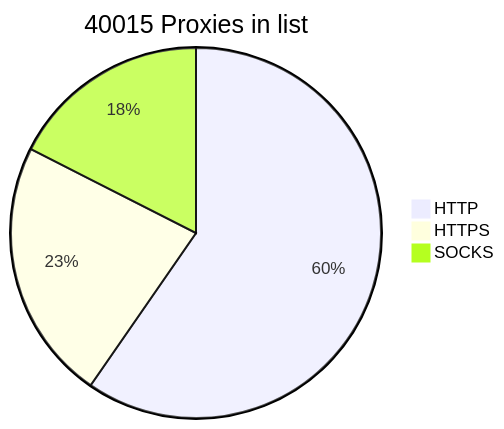
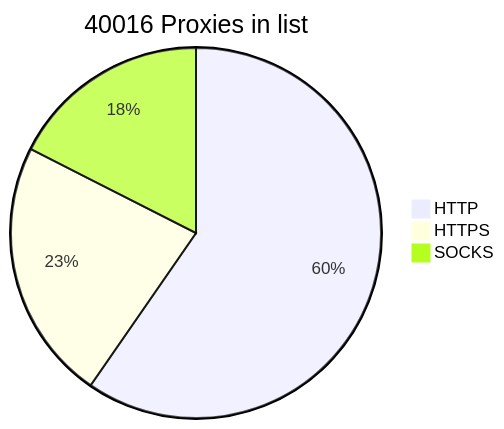
The diagram in README.md (BlackSnowDot/proxylist-update-every-minute), drawn with Mermaid before and after one commit.

````diff
--- a/README.md
+++ b/README.md
@@ -2,6 +2,6 @@
 ```mermaid
-pie title 40015 Proxies in list
+pie title 40016 Proxies in list
     "HTTP" : 28136
-    "HTTPS": 10782
+    "HTTPS": 10783
     "SOCKS" : 8266
 ```
````
